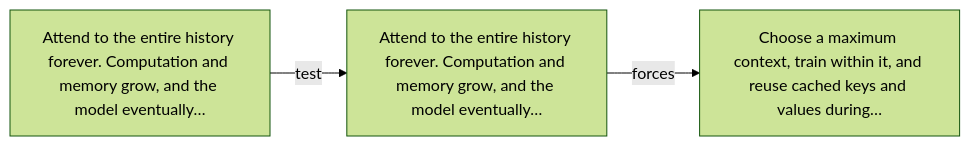
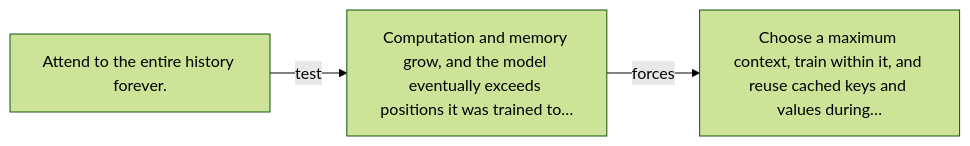
Before and after one commit to kleem-labs/AI-Archaeology: the diagram in excavations/044-context-window/diagram.md, drawn with Mermaid (forest theme). The commit also changed other lines of this file and 165 other files, not shown here.

````diff
--- a/excavations/044-context-window/diagram.md
+++ b/excavations/044-context-window/diagram.md
@@ -5,5 +5,5 @@
 ```mermaid
 flowchart LR
-    A["Attend to the entire history forever. Computation and memory grow, and the model eventually…"] -->|"test"| B["Attend to the entire history forever. Computation and memory grow, and the model eventually…"]
+    A["Attend to the entire history forever."] -->|"test"| B["Computation and memory grow, and the model eventually exceeds positions it was trained to…"]
     B -->|"forces"| C["Choose a maximum context, train within it, and reuse cached keys and values during…"]
 ```
````
